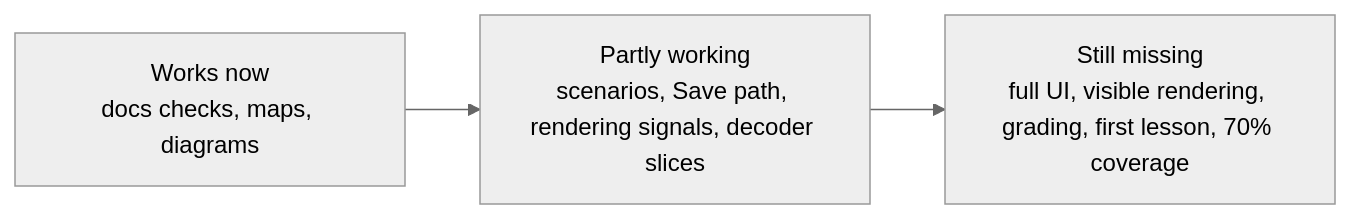
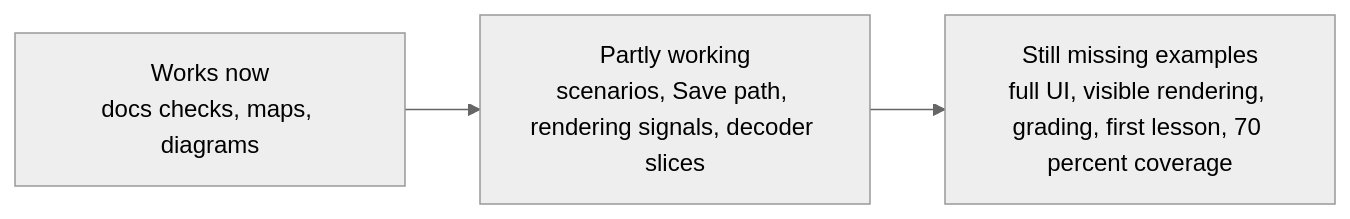
Before and after one commit to rysweet/drinkme: the fifth of 5 diagrams in README.md, drawn with Mermaid (neutral theme). The commit also changed other lines of this file and 6 other files, not shown here.

````diff
--- a/README.md
+++ b/README.md
@@ -118,5 +123,5 @@
 ```mermaid
 flowchart LR
   Works["Works now<br/>docs checks, maps, diagrams"] --> Partial["Partly working<br/>scenarios, Save path, rendering signals, decoder slices"]
-  Partial --> Missing["Still missing<br/>full UI, visible rendering, grading, first lesson, 70% coverage"]
+  Partial --> Missing["Still missing examples<br/>full UI, visible rendering, grading, first lesson, 70 percent coverage"]
 ```
````
